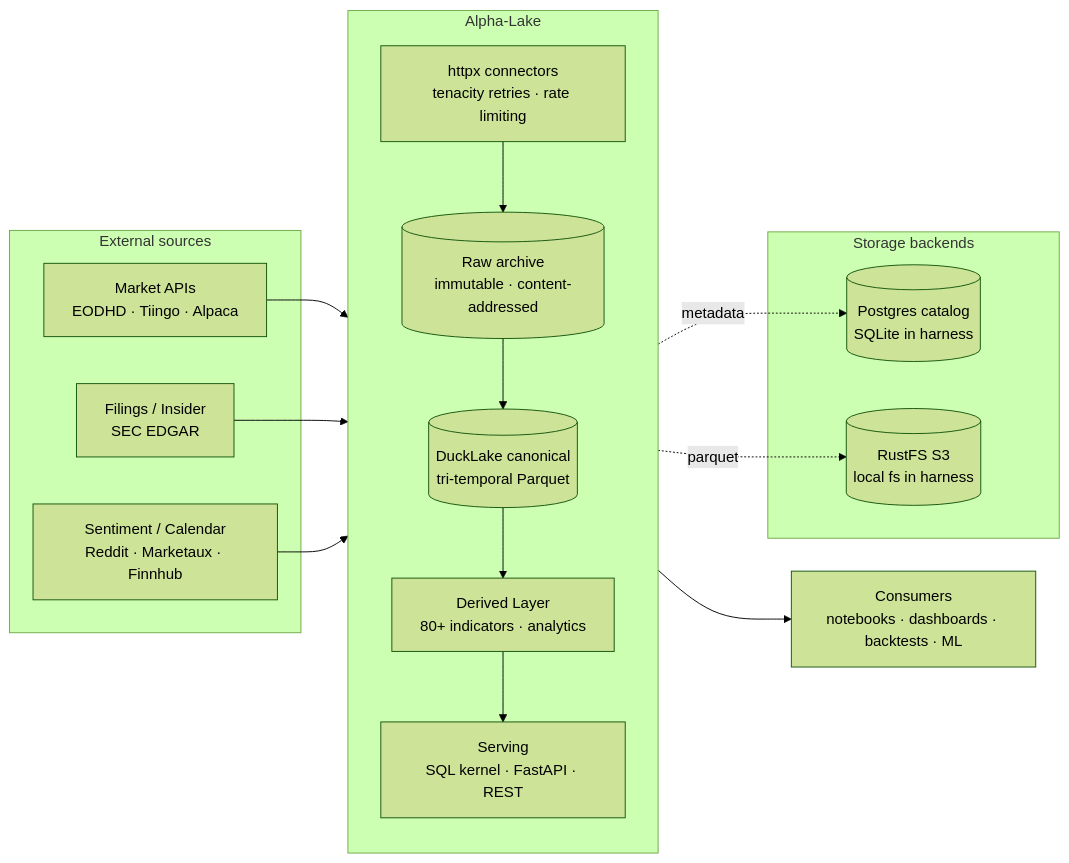
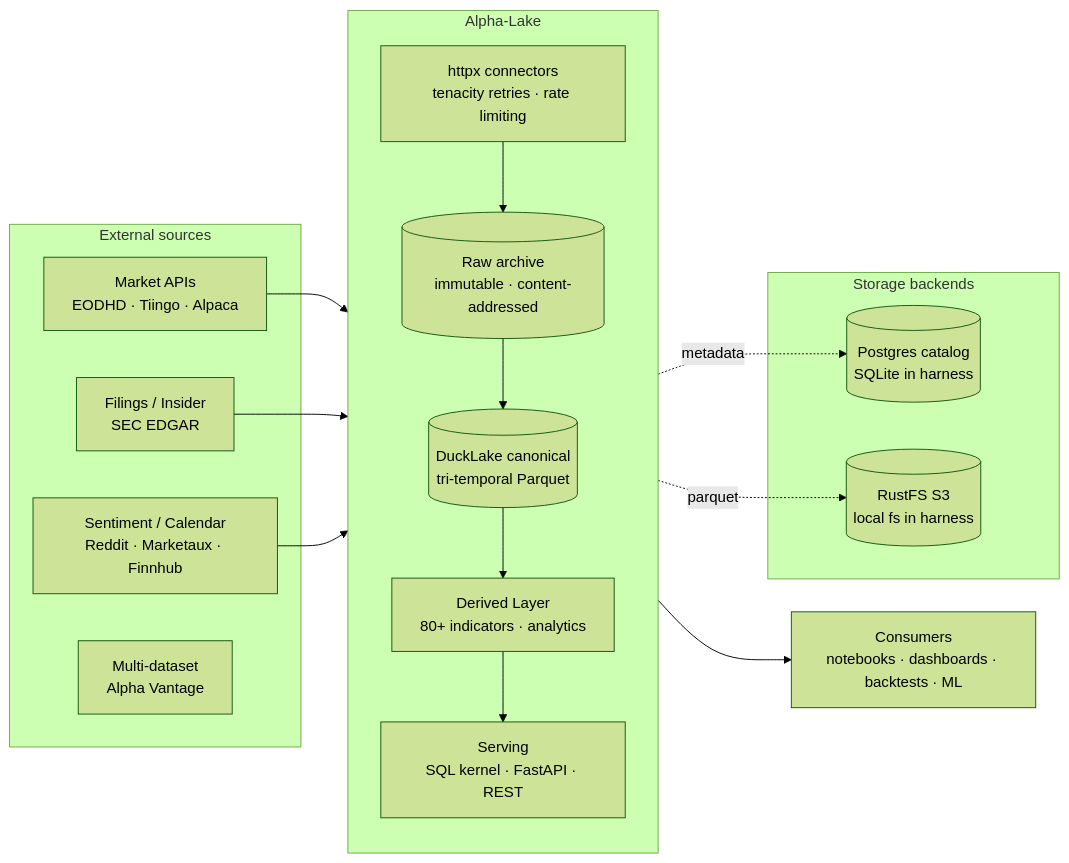
Before and after one commit to mblaauw/alpha-lake: the diagram in README.md, drawn with Mermaid (forest theme). The commit also changed other lines of this file and 6 other files, not shown here.

First line of the commit message:
docs: update README, operations, product-tiers, serving-api, promotion-gates, retention for Alpha Vantage

````diff
--- a/README.md
+++ b/README.md
@@ -20,24 +20,25 @@
 ```mermaid
 flowchart LR
   subgraph SRC[External sources]
     S1[Market APIs<br/>EODHD · Tiingo · Alpaca]
     S2[Filings / Insider<br/>SEC EDGAR]
     S3[Sentiment / Calendar<br/>Reddit · Marketaux · Finnhub]
+    S4[Multi-dataset<br/>Alpha Vantage]
   end
   subgraph LAKE[Alpha-Lake]
     direction TB
     ING[httpx connectors<br/>tenacity retries · rate limiting]
     RAW[(Raw archive<br/>immutable · content-addressed)]
     CAN[(DuckLake canonical<br/>tri-temporal Parquet)]
     DER[Derived Layer<br/>80+ indicators · analytics]
     SRV[Serving<br/>SQL kernel · FastAPI · REST]
   end
   subgraph STORE[Storage backends]
     CAT[(Postgres catalog<br/>SQLite in harness)]
     OBJ[(RustFS S3<br/>local fs in harness)]
   end
   CON[Consumers<br/>notebooks · dashboards · backtests · ML]
   S1 & S2 & S3 --> ING --> RAW --> CAN --> DER --> SRV --> CON
   CAN -. metadata .-> CAT
   CAN -. parquet .-> OBJ
 ```
````
